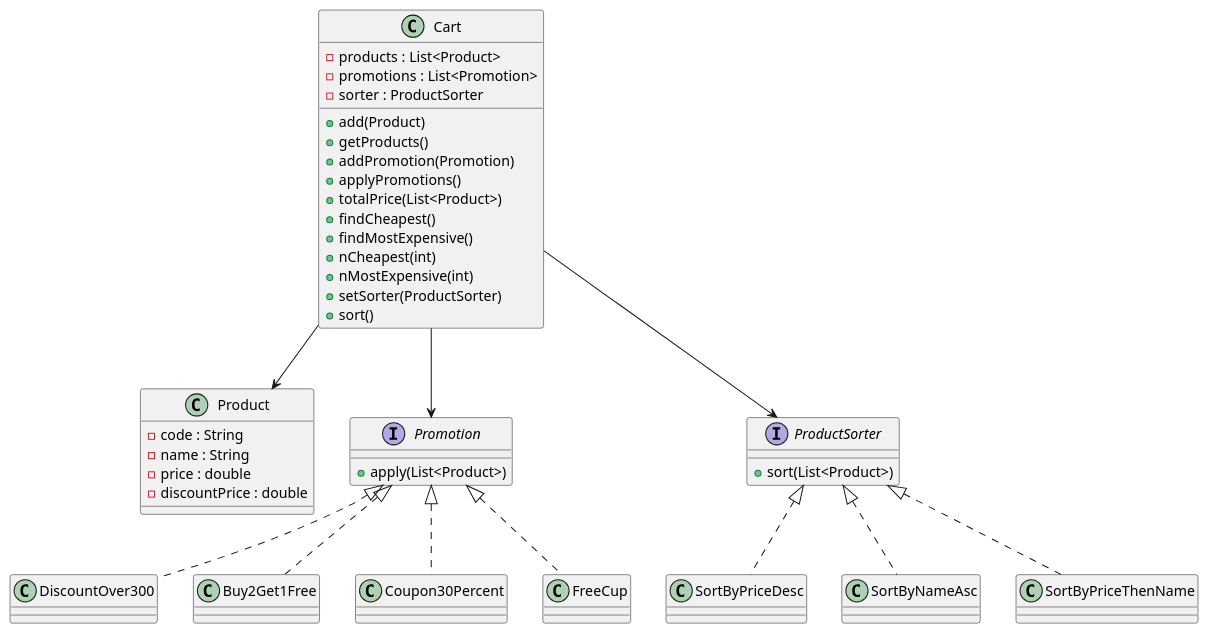
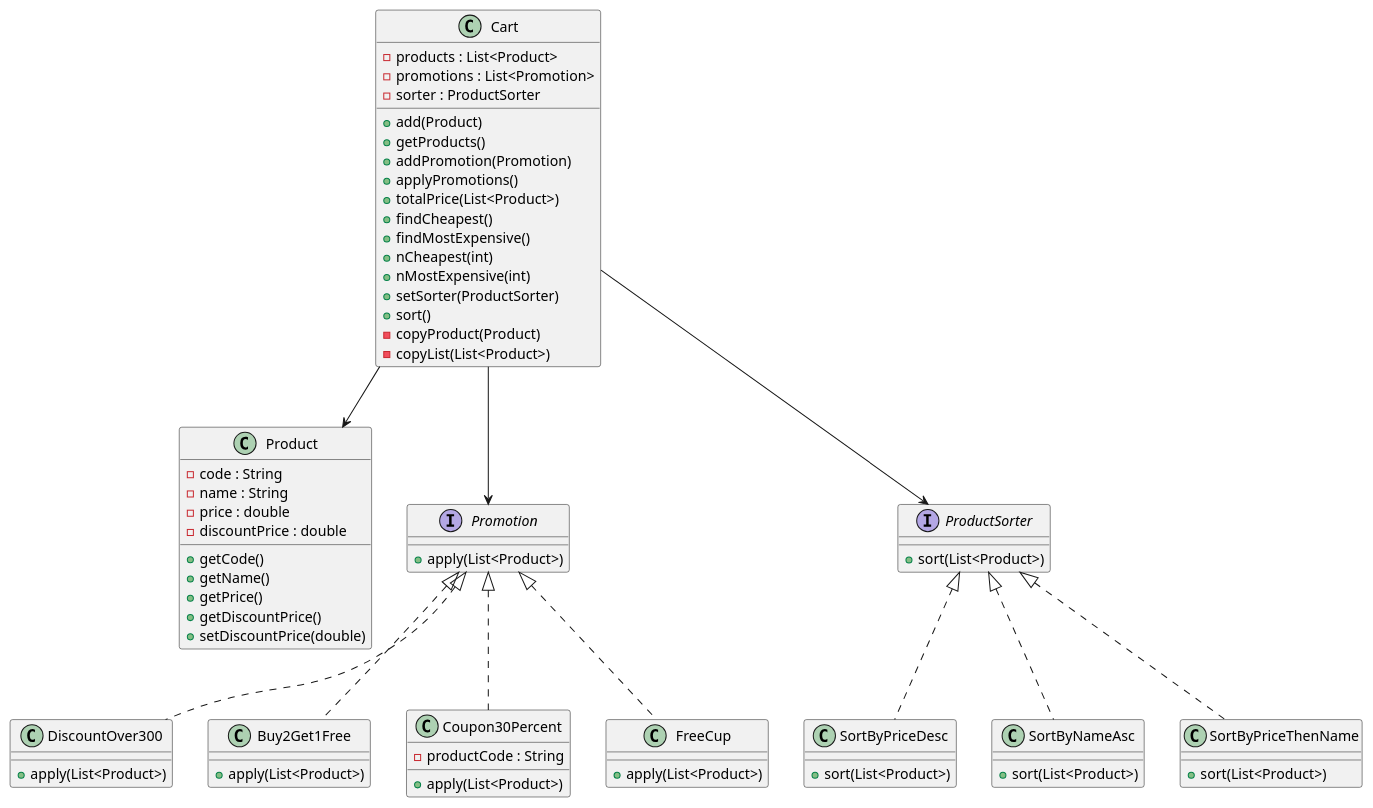
Before and after one commit to Uniwersytet-Gdanski-Dydaktyka/zadanie-03-koszyk-gr-2-mariazhadan: the diagram in app/src/main/resources/uml/cart.puml, drawn with PlantUML. The commit also changed 9 other files, not shown here.

```diff
--- a/app/src/main/resources/uml/cart.puml
+++ b/app/src/main/resources/uml/cart.puml
@@ -1,57 +1,79 @@
 @startuml
 
 class Product {
   - code : String
   - name : String
   - price : double
   - discountPrice : double
+  + getCode()
+  + getName()
+  + getPrice()
+  + getDiscountPrice()
+  + setDiscountPrice(double)
 }
 
 class Cart {
   - products : List<Product>
   - promotions : List<Promotion>
   - sorter : ProductSorter
   + add(Product)
   + getProducts()
   + addPromotion(Promotion)
   + applyPromotions()
   + totalPrice(List<Product>)
   + findCheapest()
   + findMostExpensive()
   + nCheapest(int)
   + nMostExpensive(int)
   + setSorter(ProductSorter)
   + sort()
+  - copyProduct(Product) 
+  - copyList(List<Product>) 
 }
 
 interface Promotion {
   + apply(List<Product>)
 }
 
-class DiscountOver300
-class Buy2Get1Free
-class Coupon30Percent
-class FreeCup
+class DiscountOver300 {
+  + apply(List<Product>)
+}
+class Buy2Get1Free {
+  + apply(List<Product>)
+}
+class Coupon30Percent {
+  - productCode : String
+  + apply(List<Product>)
+}
+class FreeCup {
+  + apply(List<Product>)
+}
 
 Promotion <|.. DiscountOver300
 Promotion <|.. Buy2Get1Free
 Promotion <|.. Coupon30Percent
 Promotion <|.. FreeCup
 
 interface ProductSorter {
   + sort(List<Product>)
 }
 
-class SortByPriceDesc
-class SortByNameAsc
-class SortByPriceThenName
+class SortByPriceDesc {
+  + sort(List<Product>)
+}
+class SortByNameAsc {
+  + sort(List<Product>)
+}
+class SortByPriceThenName {
+  + sort(List<Product>)
+}
 
 ProductSorter <|.. SortByPriceDesc
 ProductSorter <|.. SortByNameAsc
 ProductSorter <|.. SortByPriceThenName
 
 Cart --> Product
 Cart --> Promotion
 Cart --> ProductSorter
 
 @enduml
```
